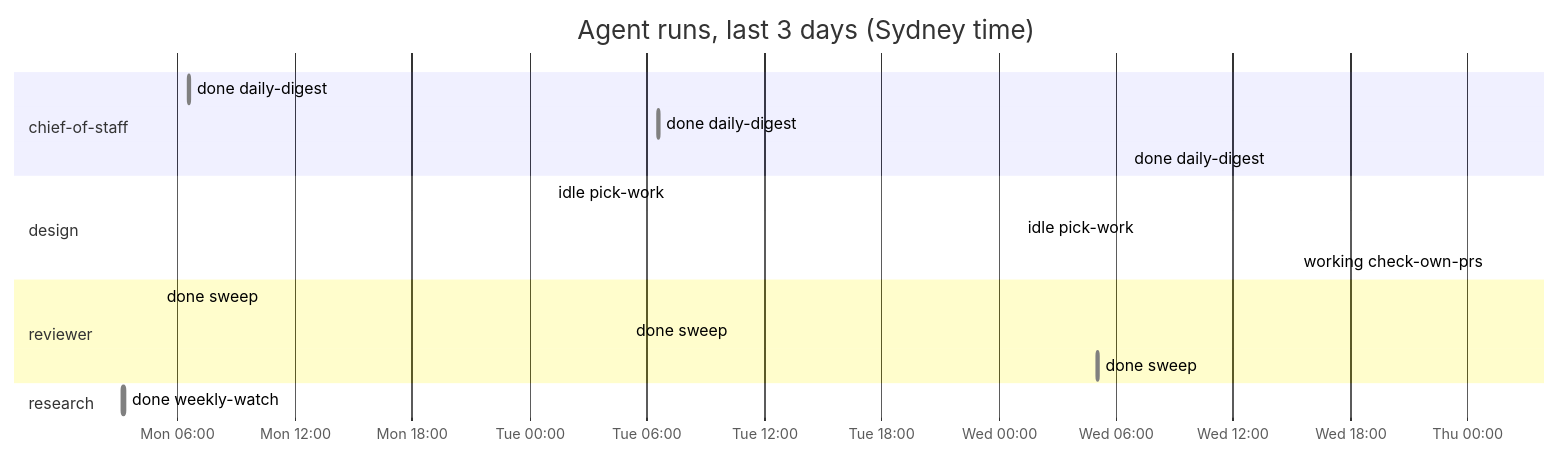
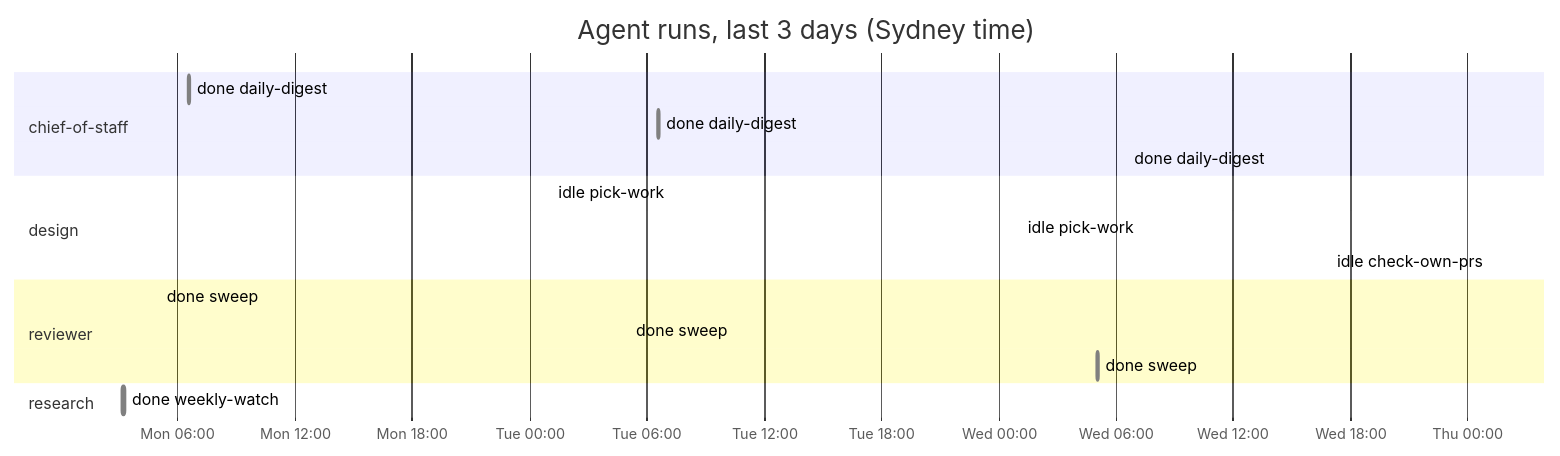
Before and after one commit to roulmediateam-byte/fifteen-expert-hq: the diagram in dashboard.md, drawn with Mermaid. The commit also changed other lines of this file and 1 other file, not shown here.

````diff
--- a/dashboard.md
+++ b/dashboard.md
@@ -53,20 +53,20 @@
 ```mermaid
 gantt
     title Agent runs, last 3 days (Sydney time)
     dateFormat YYYY-MM-DD HH:mm
     axisFormat %a %H:%M
     section chief-of-staff
     done daily-digest :done, 2026-11-23 06:35, 2026-11-23 06:36
     done daily-digest :done, 2026-11-24 06:35, 2026-11-24 06:37
     done daily-digest :done, 2026-11-25 06:34, 2026-11-25 06:35
     section design
     idle pick-work :done, 2026-11-24 01:09, 2026-11-24 01:09
     idle pick-work :done, 2026-11-25 01:09, 2026-11-25 01:09
-    working check-own-prs :active, 2026-11-26 01:09, 2026-11-26 01:09
+    idle check-own-prs :done, 2026-11-26 01:09, 2026-11-26 01:09
     section reviewer
     done sweep :done, 2026-11-23 05:04, 2026-11-23 05:06
     done sweep :done, 2026-11-24 05:05, 2026-11-24 05:06
     done sweep :done, 2026-11-25 05:04, 2026-11-25 05:05
     section research
     done weekly-watch :done, 2026-11-23 03:10, 2026-11-23 03:17
 ```
````
